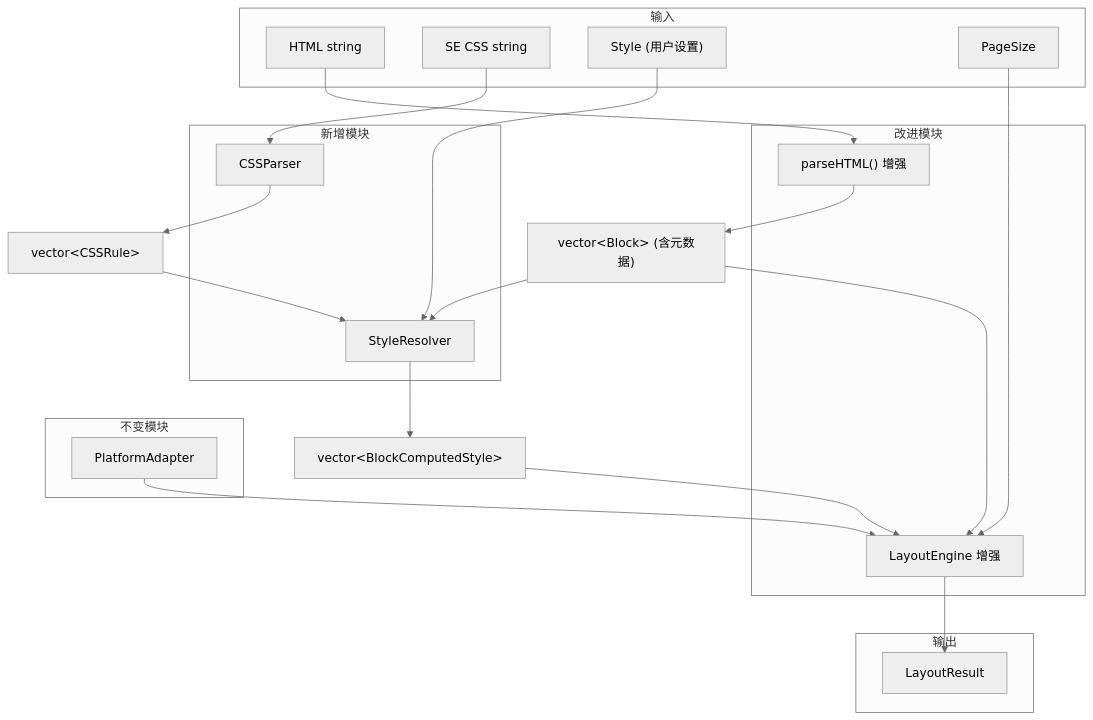
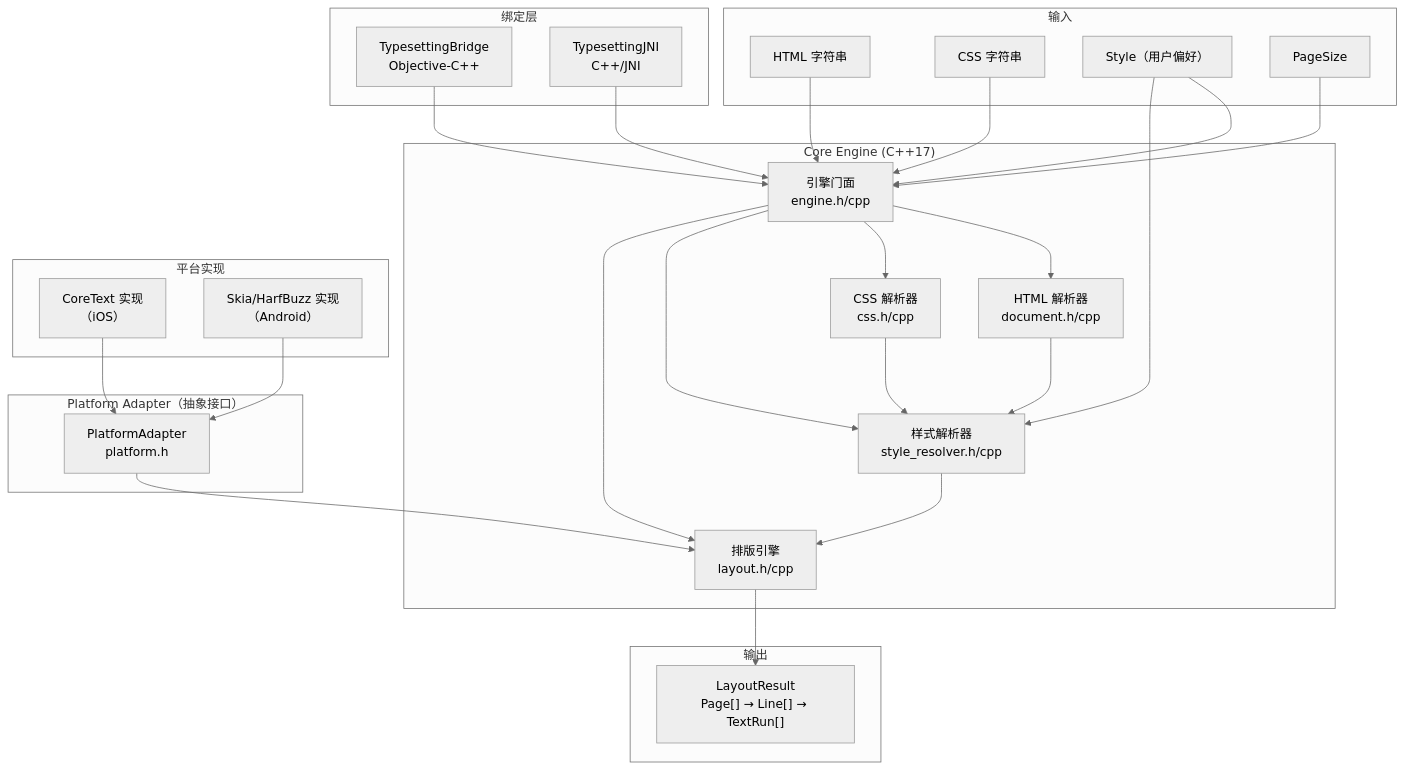
The first of 13 diagrams in DESIGN.md (readmigo/typesetting), drawn with Mermaid (neutral theme) before and after one commit. The commit also changed other lines of this file, not shown here.

First line of the commit message:
Rewrite DESIGN.md as comprehensive project design document (#2)

````diff
--- a/DESIGN.md
+++ b/DESIGN.md
@@ -51,41 +74,59 @@
 ```mermaid
 graph TB
-    subgraph 输入
-        HTML["HTML string"]
-        CSS["SE CSS string"]
-        UserStyle["Style (用户设置)"]
+    subgraph "输入"
+        HTML["HTML 字符串"]
+        CSS["CSS 字符串"]
+        UserStyle["Style（用户偏好）"]
         PS["PageSize"]
     end
 
-    subgraph "新增模块"
-        CSSParser["CSSParser"]
-        SR["StyleResolver"]
+    subgraph "Core Engine (C++17)"
+        HTMLParser["HTML 解析器<br/>document.h/cpp"]
+        CSSParser["CSS 解析器<br/>css.h/cpp"]
+        SR["样式解析器<br/>style_resolver.h/cpp"]
+        LE["排版引擎<br/>layout.h/cpp"]
+        Facade["引擎门面<br/>engine.h/cpp"]
     end
 
-    subgraph "改进模块"
-        Parse["parseHTML() 增强"]
-        LE["LayoutEngine 增强"]
+    subgraph "Platform Adapter（抽象接口）"
+        PA["PlatformAdapter<br/>platform.h"]
     end
 
-    subgraph "不变模块"
-        PA["PlatformAdapter"]
+    subgraph "平台实现"
+        CT["CoreText 实现<br/>（iOS）"]
+        Android["Skia/HarfBuzz 实现<br/>（Android）"]
     end
 
-    subgraph 输出
-        Result["LayoutResult"]
+    subgraph "绑定层"
+        Swift["TypesettingBridge<br/>Objective-C++"]
+        JNI["TypesettingJNI<br/>C++/JNI"]
     end
 
-    CSS --> CSSParser
-    CSSParser --> Rules["vector&lt;CSSRule&gt;"]
-    HTML --> Parse
-    Parse --> Blocks["vector&lt;Block&gt; (含元数据)"]
-    Rules --> SR
-    Blocks --> SR
+    subgraph "输出"
+        Result["LayoutResult<br/>Page[] → Line[] → TextRun[]"]
+    end
+
+    HTML --> Facade
+    CSS --> Facade
+    UserStyle --> Facade
+    PS --> Facade
+
+    Facade --> HTMLParser
+    Facade --> CSSParser
+    Facade --> SR
+    Facade --> LE
+
+    HTMLParser --> SR
+    CSSParser --> SR
     UserStyle --> SR
-    SR --> CS["vector&lt;BlockComputedStyle&gt;"]
-    Blocks --> LE
-    CS --> LE
-    PS --> LE
+    SR --> LE
     PA --> LE
+
+    CT --> PA
+    Android --> PA
+
     LE --> Result
+
+    Swift --> Facade
+    JNI --> Facade
 ```
````
